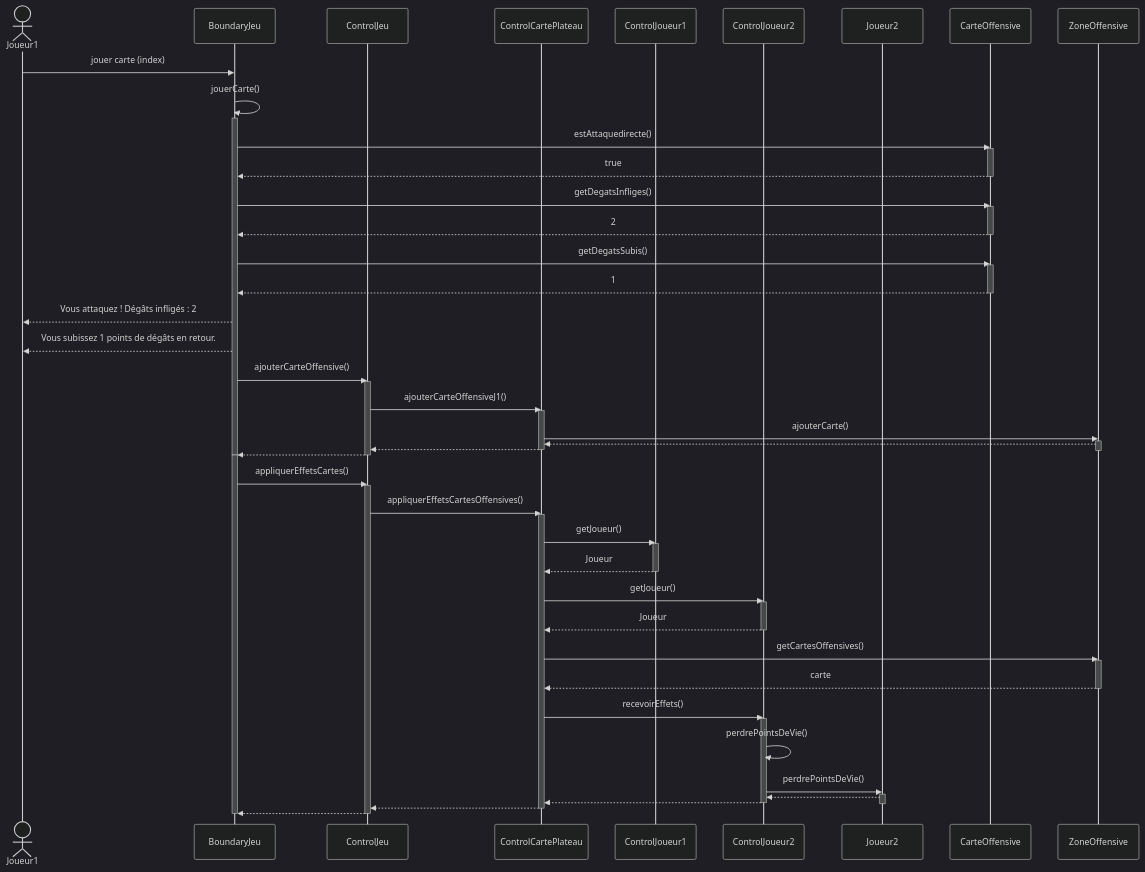
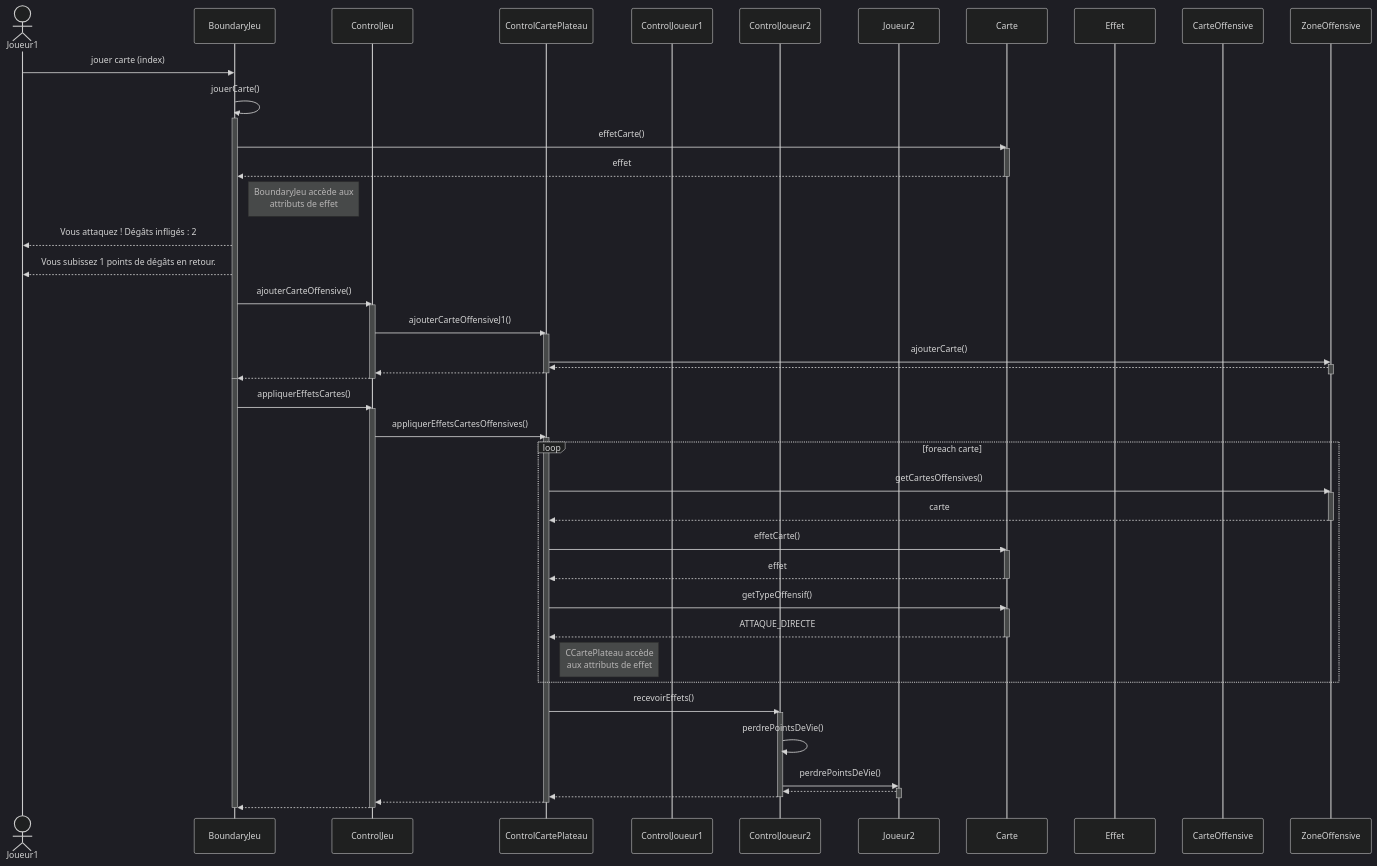
One commit to coco875/ProjetPirate changed the diagram in UML sequence.md. Above: the diagram before and after it, drawn with Mermaid (dark theme).

Commit message:
Refait premier diag de sequence

```diff
--- a/UML sequence.md
+++ b/UML sequence.md
@@ -10,31 +10,25 @@
 sequenceDiagram
     actor Joueur1
     participant BoundaryJeu
+
     participant ControlJeu
     participant ControlCartePlateau
     participant ControlJoueur1
     participant ControlJoueur2
     participant Joueur2
+    participant Carte
+    participant Effet 
     participant CarteOffensive
     participant ZoneOffensive
     
 	Joueur1->>BoundaryJeu: jouer carte (index)
     BoundaryJeu->>BoundaryJeu: jouerCarte()
     activate BoundaryJeu
-    BoundaryJeu->>CarteOffensive: estAttaquedirecte()
-    activate CarteOffensive
-    CarteOffensive-->>BoundaryJeu: true
-    deactivate CarteOffensive
-
-    BoundaryJeu->>CarteOffensive: getDegatsInfliges()
-    activate CarteOffensive
-    CarteOffensive-->>BoundaryJeu: 2
-    deactivate CarteOffensive
-
-    BoundaryJeu->>CarteOffensive: getDegatsSubis()
-    activate CarteOffensive
-    CarteOffensive-->>BoundaryJeu: 1
-    deactivate CarteOffensive
+    BoundaryJeu->>Carte: effetCarte()
+    activate Carte
+    Carte-->>BoundaryJeu: effet
+    deactivate Carte
+    Note right of BoundaryJeu: BoundaryJeu accède aux <br/>attributs de effet
 
     BoundaryJeu-->>Joueur1: Vous attaquez ! Dégâts infligés : 2
     BoundaryJeu-->>Joueur1: Vous subissez 1 points de dégâts en retour.
@@ -67,20 +61,25 @@
 
     activate ControlCartePlateau
 
-    ControlCartePlateau->>ControlJoueur1: getJoueur()
-    activate ControlJoueur1
-    ControlJoueur1-->>ControlCartePlateau: Joueur
-    deactivate ControlJoueur1
+    loop foreach carte
 
-    ControlCartePlateau->>ControlJoueur2: getJoueur()
-    activate ControlJoueur2
-    ControlJoueur2-->>ControlCartePlateau: Joueur
-    deactivate ControlJoueur2
+        ControlCartePlateau->>ZoneOffensive: getCartesOffensives()
+        activate ZoneOffensive
+        ZoneOffensive-->>ControlCartePlateau: carte
+        deactivate ZoneOffensive
 
-    ControlCartePlateau->>ZoneOffensive: getCartesOffensives()
-    activate ZoneOffensive
-    ZoneOffensive-->>ControlCartePlateau: carte
-    deactivate ZoneOffensive
+        ControlCartePlateau->>Carte: effetCarte()
+        activate Carte
+        Carte-->>ControlCartePlateau: effet
+        deactivate Carte
+
+        ControlCartePlateau->>Carte: getTypeOffensif()
+        activate Carte
+        Carte-->>ControlCartePlateau: ATTAQUE_DIRECTE
+        deactivate Carte
+
+        Note right of ControlCartePlateau: CCartePlateau accède <br/>aux attributs de effet
+    end
 
     ControlCartePlateau->>ControlJoueur2: recevoirEffets()
     activate ControlJoueur2
```
